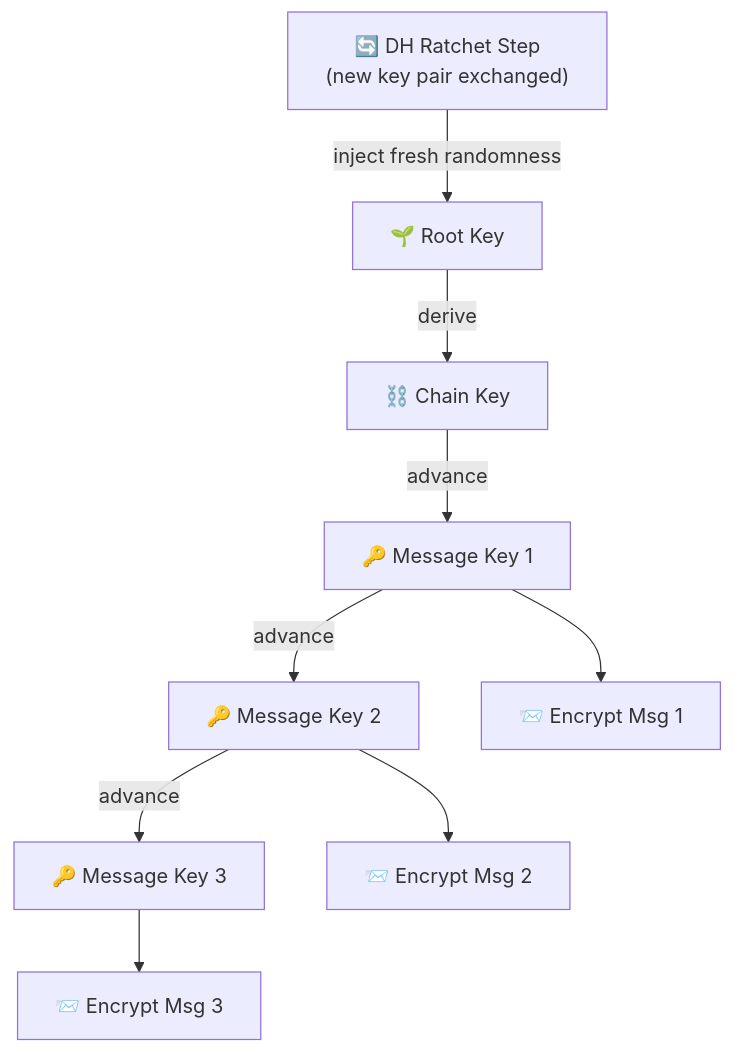
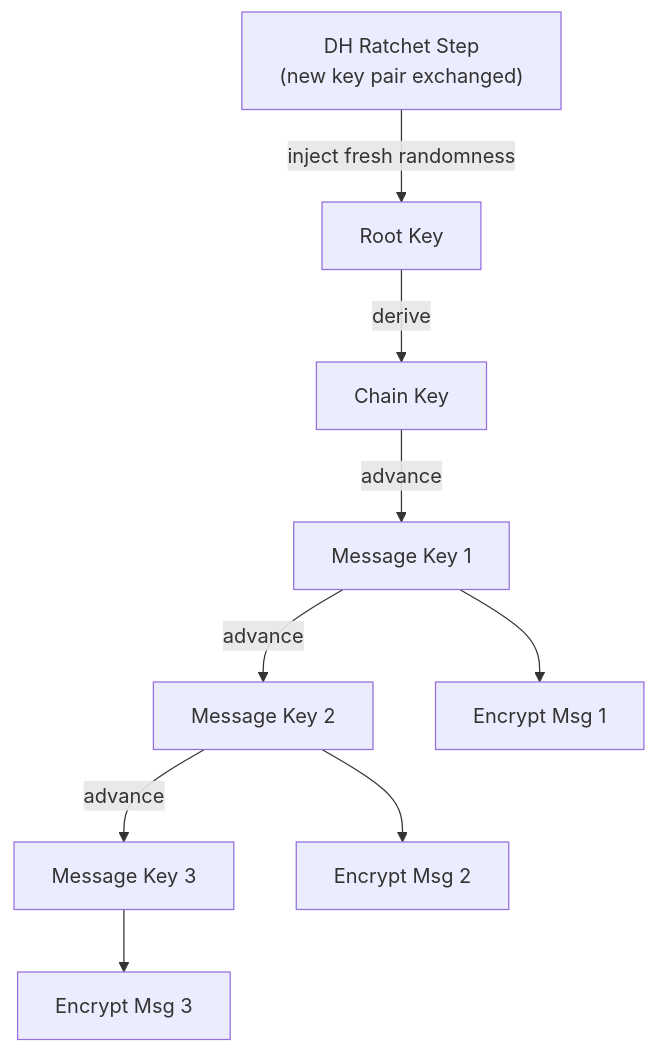
One commit to dtg-lucifer/piush.in changed the sixth of 8 diagrams in public/articles/2026_04_25_how_whatsapp_secures_your_messages.md. Above: the diagram before and after it, drawn with Mermaid. The commit also changed other lines of this file and 1 other file, not shown here.

Commit message:
article: working on another article for dotenv

````diff
--- a/public/articles/2026_04_25_how_whatsapp_secures_your_messages.md
+++ b/public/articles/2026_04_25_how_whatsapp_secures_your_messages.md
@@ -735,19 +735,19 @@
 ```mermaid
 flowchart TD
-    DH["🔄 DH Ratchet Step\n(new key pair exchanged)"]
-    RK["🌱 Root Key"]
-    CK["⛓️ Chain Key"]
-    MK1["🔑 Message Key 1"]
-    MK2["🔑 Message Key 2"]
-    MK3["🔑 Message Key 3"]
+    DH["DH Ratchet Step\n(new key pair exchanged)"]
+    RK["Root Key"]
+    CK["Chain Key"]
+    MK1["Message Key 1"]
+    MK2["Message Key 2"]
+    MK3["Message Key 3"]
 
     DH -->|"inject fresh randomness"| RK
     RK -->|"derive"| CK
     CK -->|"advance"| MK1
     MK1 -->|"advance"| MK2
     MK2 -->|"advance"| MK3
 
-    MK1 --> E1["📨 Encrypt Msg 1"]
-    MK2 --> E2["📨 Encrypt Msg 2"]
-    MK3 --> E3["📨 Encrypt Msg 3"]
+    MK1 --> E1["Encrypt Msg 1"]
+    MK2 --> E2["Encrypt Msg 2"]
+    MK3 --> E3["Encrypt Msg 3"]
 ```
````
